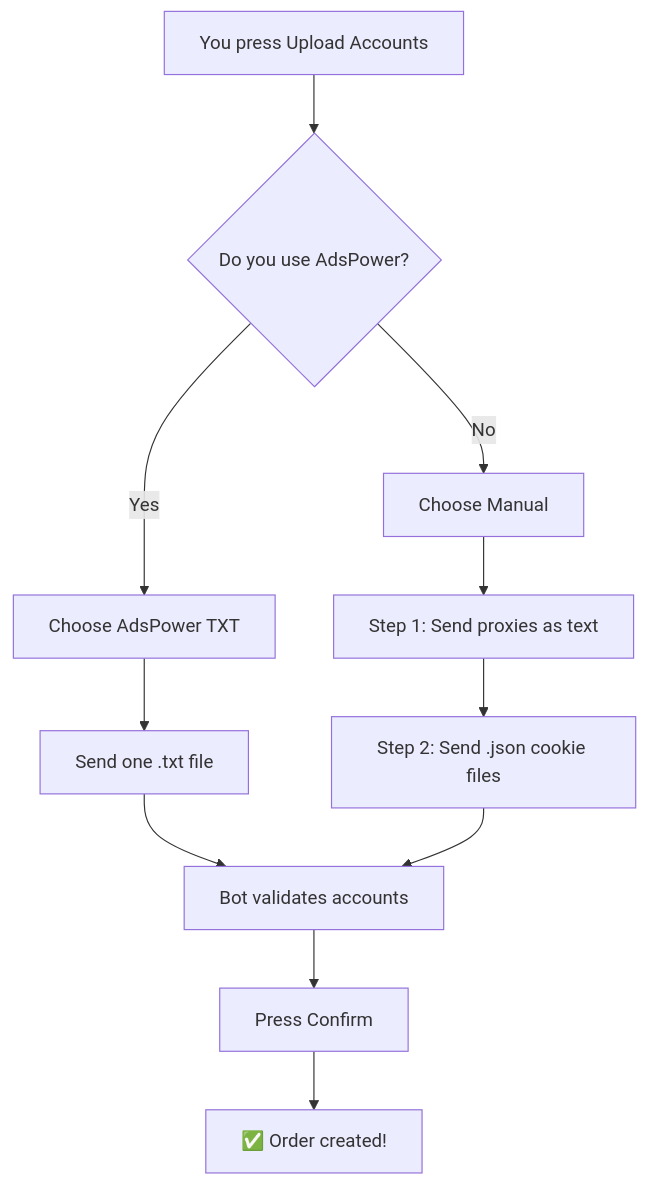
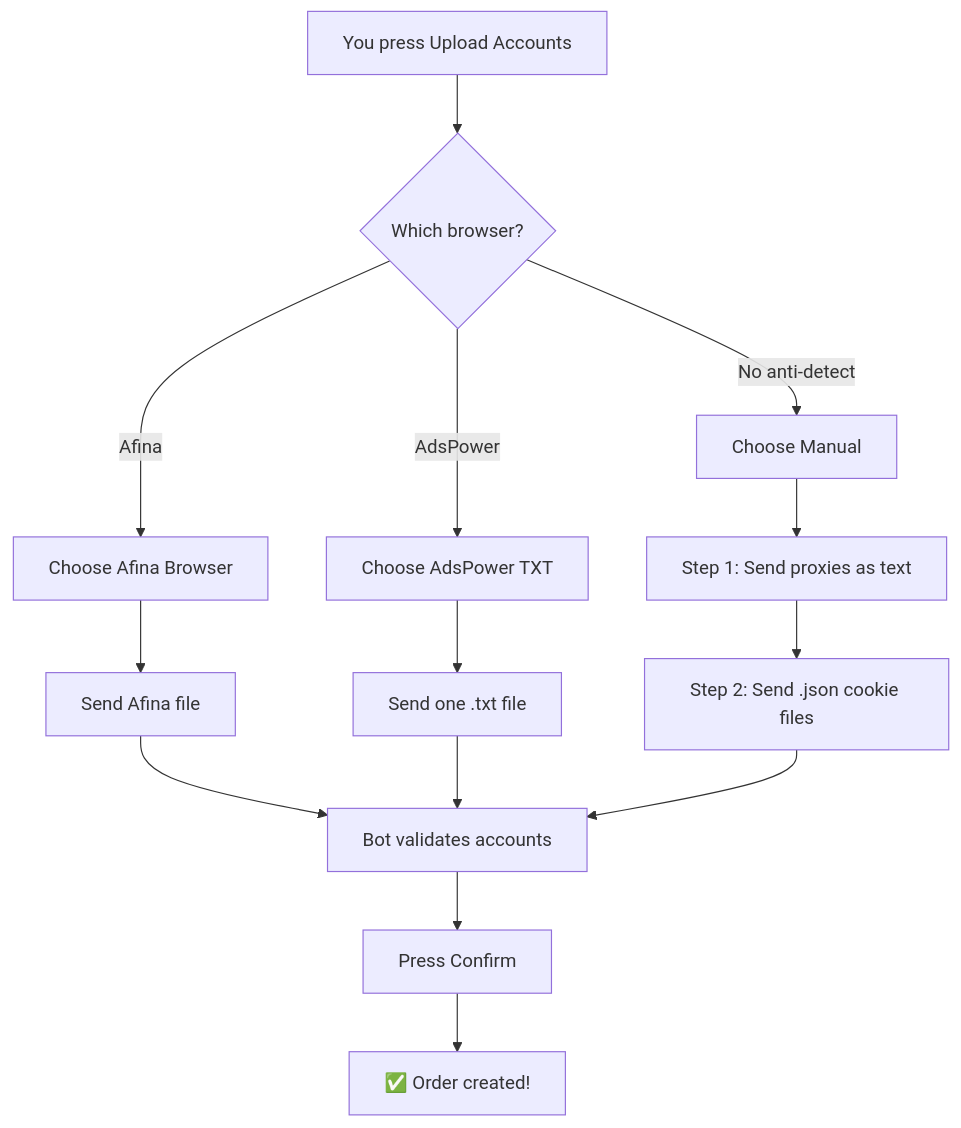
One commit to AutoPilotSoftware/docs changed the diagram in src/content/docs/en/kyc/nvs-faq.md. Above: the diagram before and after it, drawn with Mermaid. The commit also changed other lines of this file and 9 other files, not shown here.

````diff
--- a/src/content/docs/en/kyc/nvs-faq.md
+++ b/src/content/docs/en/kyc/nvs-faq.md
@@ -86,13 +103,16 @@
 ```mermaid
 flowchart TD
-    A[You press Upload Accounts] --> B{Do you use AdsPower?}
-    B -->|Yes| C[Choose AdsPower TXT]
-    B -->|No| D[Choose Manual]
+    A[You press Upload Accounts] --> B{Which browser?}
+    B -->|Afina| C0[Choose Afina Browser]
+    B -->|AdsPower| C[Choose AdsPower TXT]
+    B -->|No anti-detect| D[Choose Manual]
+    C0 --> E0[Send Afina file]
     C --> E[Send one .txt file]
     D --> F[Step 1: Send proxies as text]
     F --> G[Step 2: Send .json cookie files]
-    E --> H[Bot validates accounts]
+    E0 --> H[Bot validates accounts]
+    E --> H
     G --> H
     H --> I[Press Confirm]
     I --> J[✅ Order created!]
 ```
````
